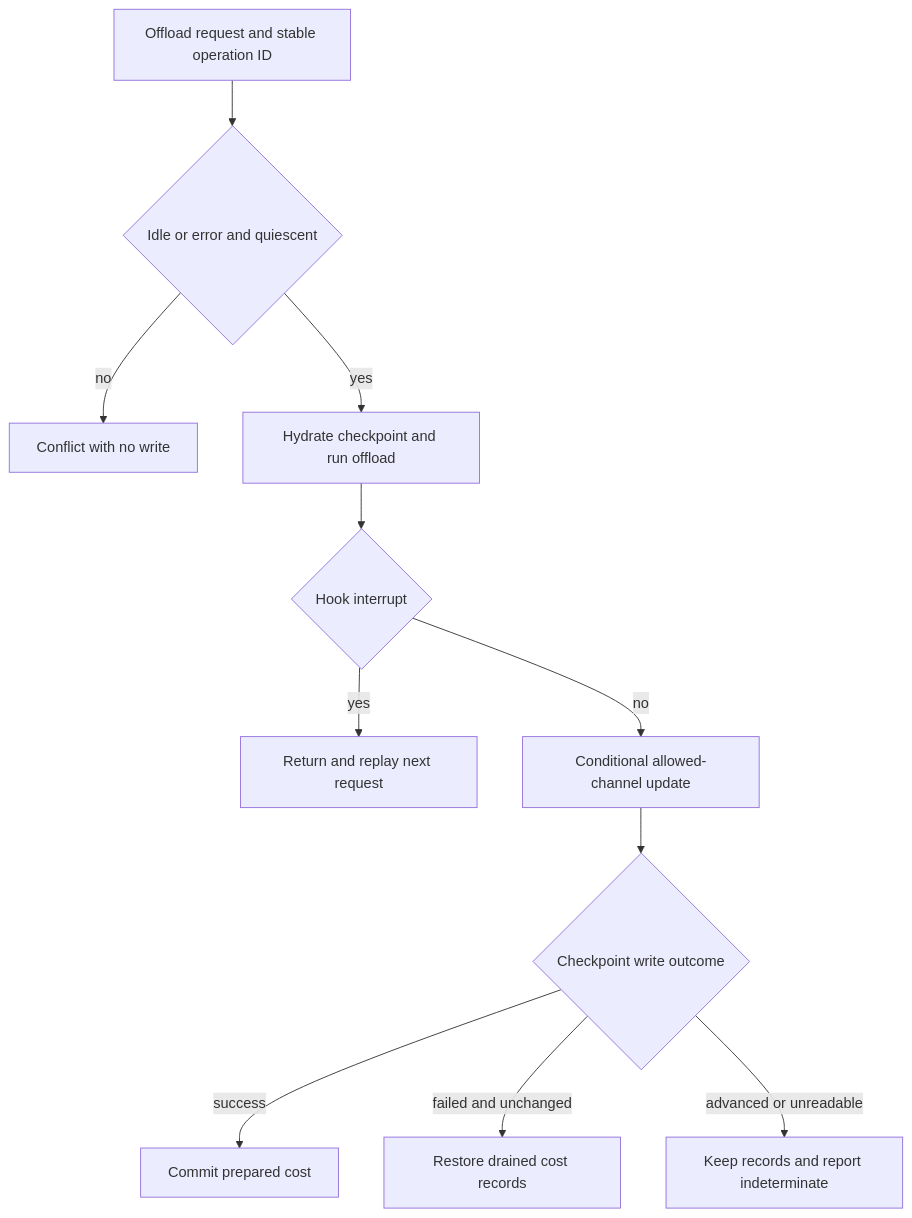
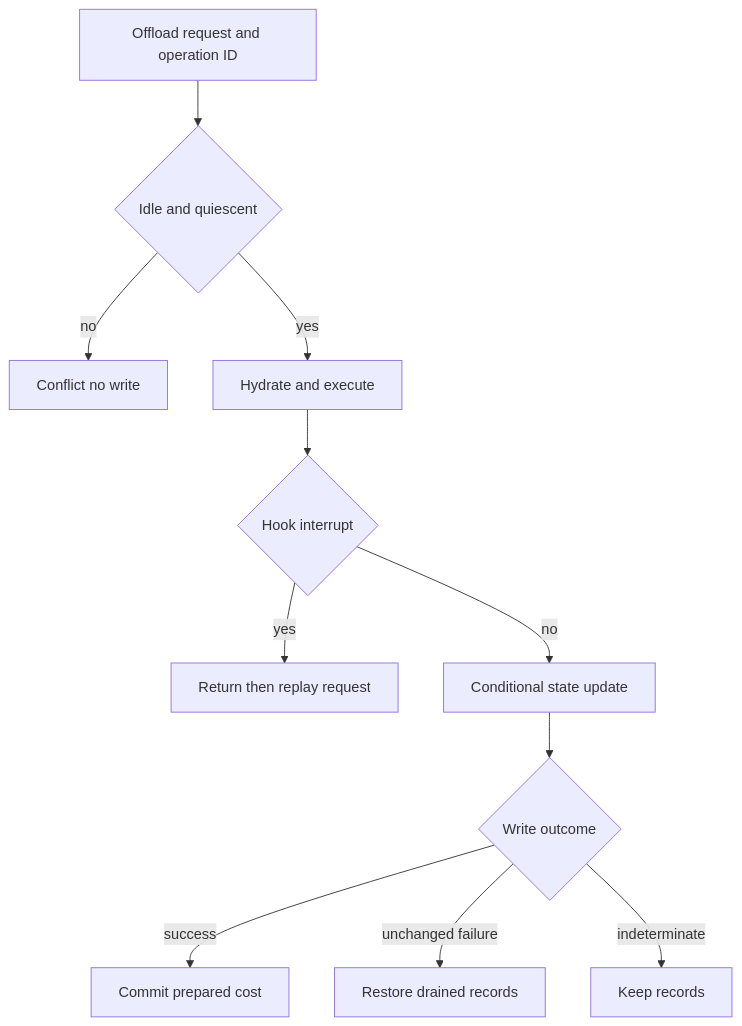
One commit to langchain-ai/deepagents changed the third of 4 diagrams in openwiki/architecture/runtime-behavior.md. Above: the diagram before and after it, drawn with Mermaid. The commit also changed other lines of this file and 35 other files, not shown here.

````diff
--- a/openwiki/architecture/runtime-behavior.md
+++ b/openwiki/architecture/runtime-behavior.md
@@ -121,13 +117,13 @@
 ```mermaid
 flowchart TD
-    Request["Offload request and stable operation ID"] --> Eligible{"Idle or error and quiescent"}
-    Eligible -- "no" --> Conflict["Conflict with no write"]
-    Eligible -- "yes" --> Run["Hydrate checkpoint and run offload"]
-    Run --> Hook{"Hook interrupt"}
-    Hook -- "yes" --> Replay["Return and replay next request"]
-    Hook -- "no" --> Write["Conditional allowed-channel update"]
-    Write --> Settled{"Checkpoint write outcome"}
-    Settled -- "success" --> Commit["Commit prepared cost"]
-    Settled -- "failed and unchanged" --> Rollback["Restore drained cost records"]
-    Settled -- "advanced or unreadable" --> Indeterminate["Keep records and report indeterminate"]
+    Request["Offload request and operation ID"] --> Eligible{"Idle and quiescent"}
+    Eligible -- "no" --> Conflict["Conflict no write"]
+    Eligible -- "yes" --> Execute["Hydrate and execute"]
+    Execute --> Hook{"Hook interrupt"}
+    Hook -- "yes" --> Replay["Return then replay request"]
+    Hook -- "no" --> Write["Conditional state update"]
+    Write --> Outcome{"Write outcome"}
+    Outcome -- "success" --> Commit["Commit prepared cost"]
+    Outcome -- "unchanged failure" --> Rollback["Restore drained records"]
+    Outcome -- "indeterminate" --> Retain["Keep records"]
 ```
````
